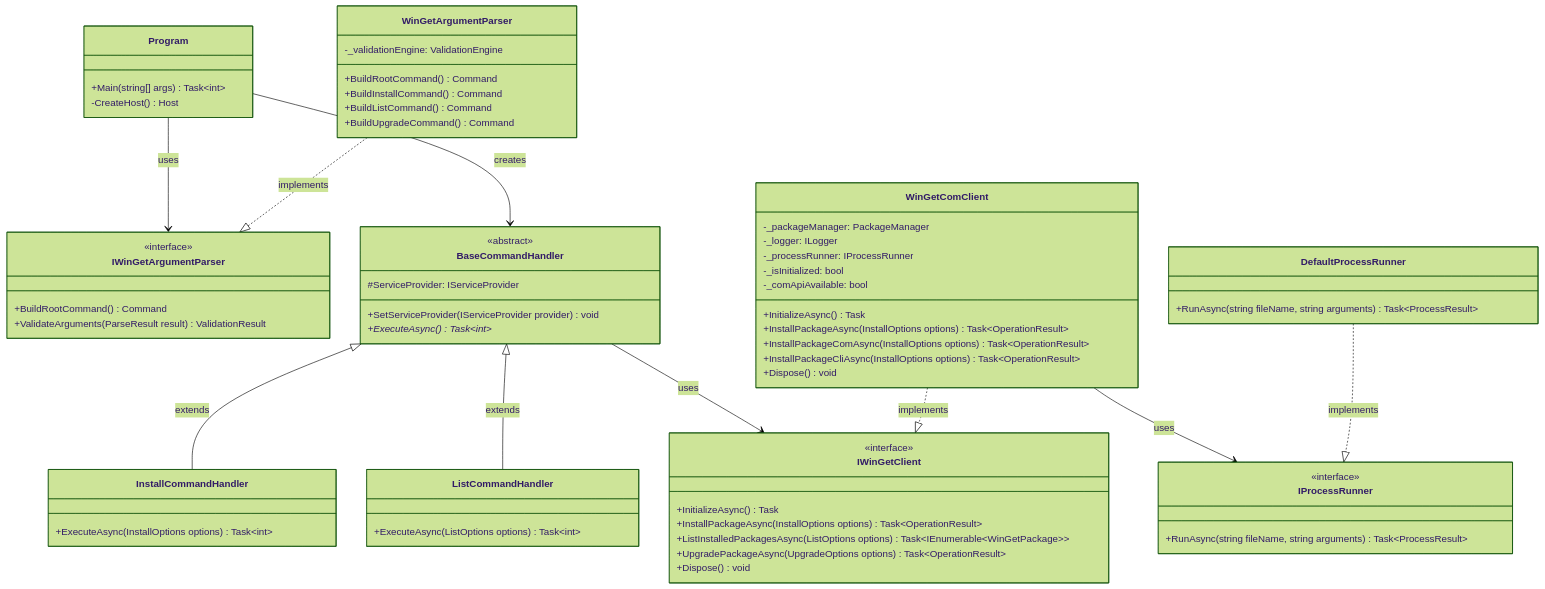
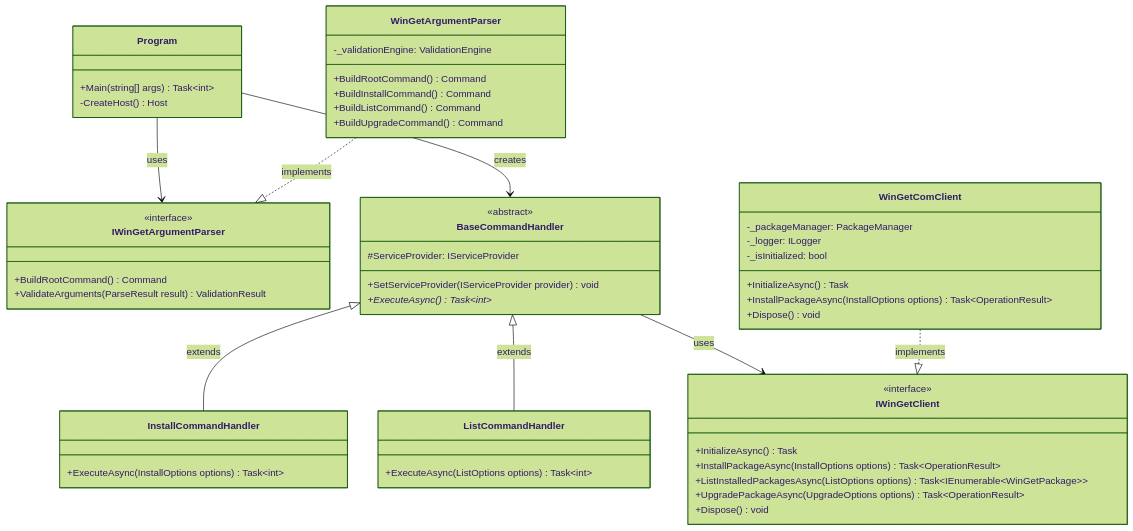
The first of 6 diagrams in docs/architecture.md (nuitsjp/GistGet), drawn with Mermaid (forest theme) before and after one commit. The commit also changed other lines of this file, not shown here.

Commit message:
アーキテクチャ設計書の更新：COM APIレイヤーの説明を明確化し、CLIフォールバック機構に関する記述を削除。エラーハンドリングと初期化フローの改善を反映。

````diff
--- a/docs/architecture.md
+++ b/docs/architecture.md
@@ -117,77 +117,62 @@
 ```mermaid
 classDiagram
     class Program {
         +Main(string[] args) Task~int~
         -CreateHost() Host
     }
     
     class IWinGetArgumentParser {
         <<interface>>
         +BuildRootCommand() Command
         +ValidateArguments(ParseResult result) ValidationResult
     }
     
     class WinGetArgumentParser {
         -_validationEngine: ValidationEngine
         +BuildRootCommand() Command
         +BuildInstallCommand() Command
         +BuildListCommand() Command
         +BuildUpgradeCommand() Command
     }
     
     class BaseCommandHandler {
         <<abstract>>
         #ServiceProvider: IServiceProvider
         +SetServiceProvider(IServiceProvider provider) void
         +ExecuteAsync()* Task~int~
     }
     
     class InstallCommandHandler {
         +ExecuteAsync(InstallOptions options) Task~int~
     }
     
     class ListCommandHandler {
         +ExecuteAsync(ListOptions options) Task~int~
     }
     
     class IWinGetClient {
         <<interface>>
         +InitializeAsync() Task
         +InstallPackageAsync(InstallOptions options) Task~OperationResult~
         +ListInstalledPackagesAsync(ListOptions options) Task~IEnumerable~WinGetPackage~~
         +UpgradePackageAsync(UpgradeOptions options) Task~OperationResult~
         +Dispose() void
     }
     
     class WinGetComClient {
         -_packageManager: PackageManager
         -_logger: ILogger
-        -_processRunner: IProcessRunner
         -_isInitialized: bool
-        -_comApiAvailable: bool
         +InitializeAsync() Task
         +InstallPackageAsync(InstallOptions options) Task~OperationResult~
-        +InstallPackageComAsync(InstallOptions options) Task~OperationResult~
-        +InstallPackageCliAsync(InstallOptions options) Task~OperationResult~
         +Dispose() void
-    }
-    
-    class IProcessRunner {
-        <<interface>>
-        +RunAsync(string fileName, string arguments) Task~ProcessResult~
-    }
-    
-    class DefaultProcessRunner {
-        +RunAsync(string fileName, string arguments) Task~ProcessResult~
     }
 
     Program --> IWinGetArgumentParser : uses
     WinGetArgumentParser ..|> IWinGetArgumentParser : implements
     Program --> BaseCommandHandler : creates
     BaseCommandHandler <|-- InstallCommandHandler : extends
     BaseCommandHandler <|-- ListCommandHandler : extends
     BaseCommandHandler --> IWinGetClient : uses
     WinGetComClient ..|> IWinGetClient : implements
-    WinGetComClient --> IProcessRunner : uses
-    DefaultProcessRunner ..|> IProcessRunner : implements
 ```
````
